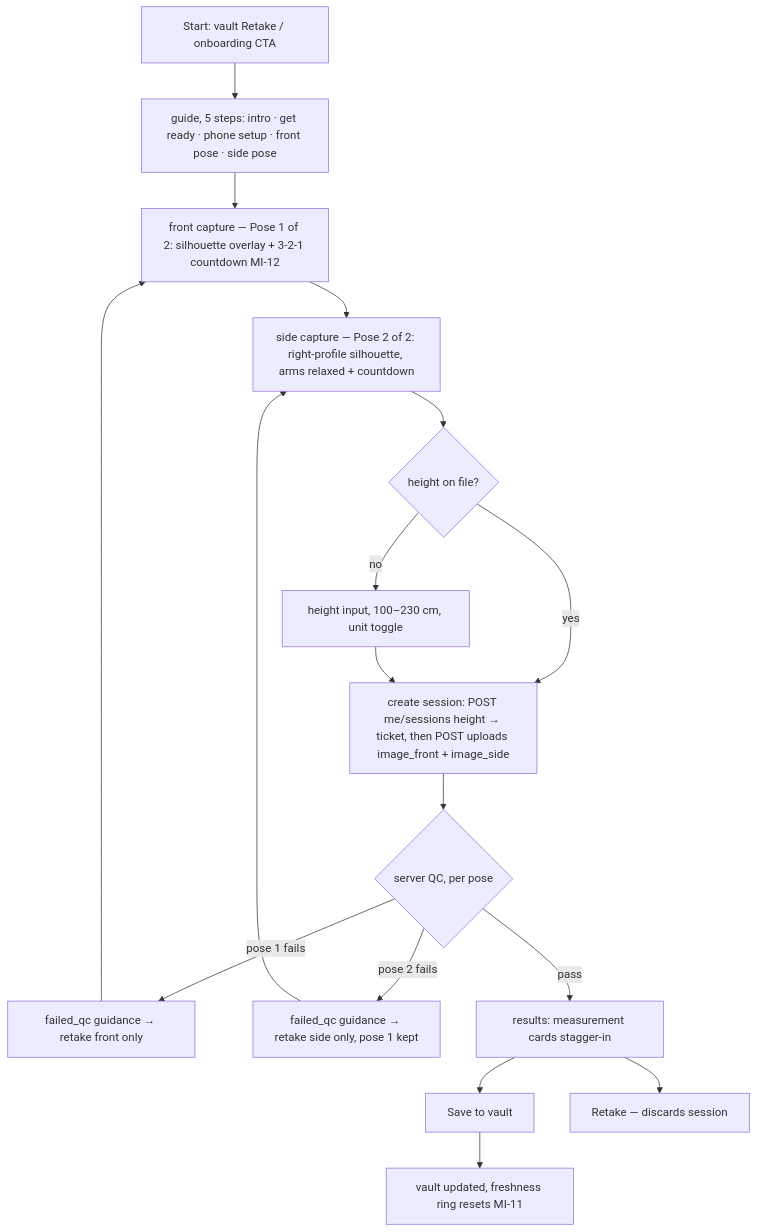
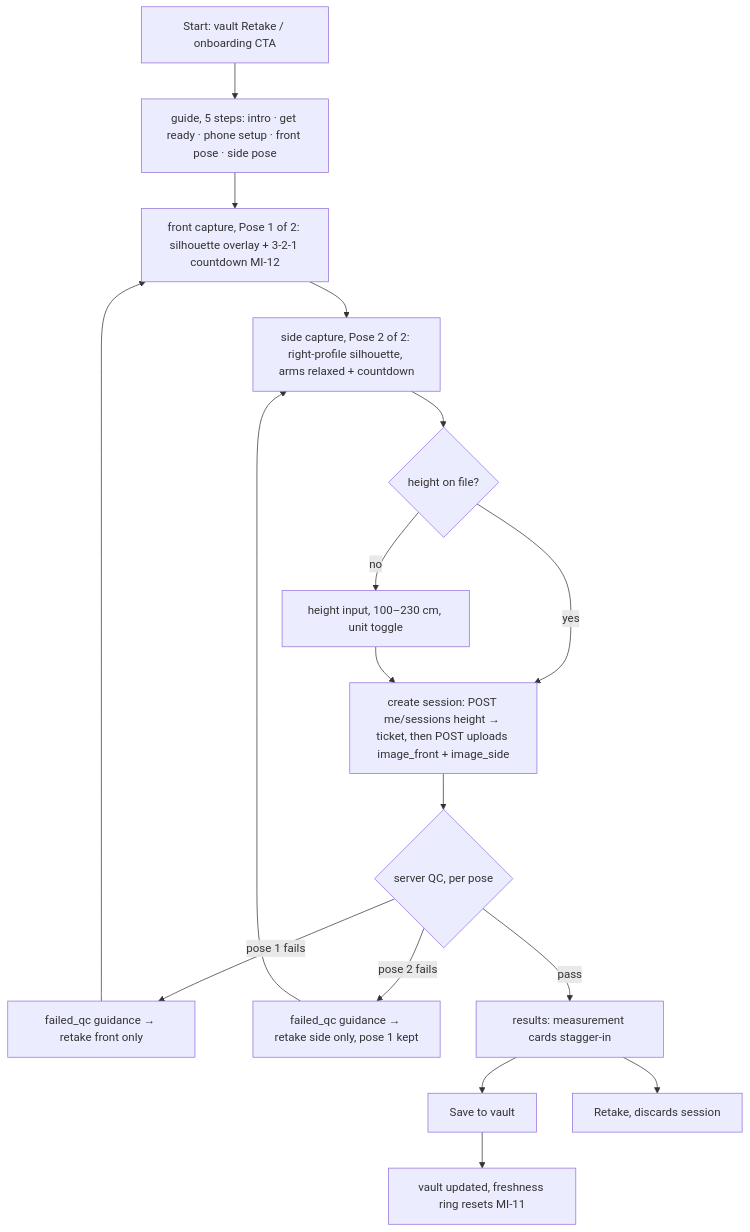
Before and after one commit to cuesoftinc/apparule: the diagram in docs/flows/vault.md, drawn with Mermaid. The commit also changed other lines of this file and 28 other files, not shown here.

````diff
--- a/docs/flows/vault.md
+++ b/docs/flows/vault.md
@@ -22,19 +22,19 @@
 ```mermaid
 flowchart TD
     S[Start: vault Retake / onboarding CTA] --> GUIDE[guide, 5 steps: intro · get ready · phone setup · front pose · side pose]
-    GUIDE --> CAM1[front capture — Pose 1 of 2: silhouette overlay + 3-2-1 countdown MI-12]
-    CAM1 --> CAM2[side capture — Pose 2 of 2: right-profile silhouette, arms relaxed + countdown]
+    GUIDE --> CAM1[front capture, Pose 1 of 2: silhouette overlay + 3-2-1 countdown MI-12]
+    CAM1 --> CAM2[side capture, Pose 2 of 2: right-profile silhouette, arms relaxed + countdown]
     CAM2 --> H{height on file?}
     H -->|no| HEIGHT[height input, 100–230 cm, unit toggle]
     H -->|yes| UP
     HEIGHT --> UP[create session: POST me/sessions height → ticket, then POST uploads image_front + image_side]
     UP --> QC{server QC, per pose}
     QC -->|pose 1 fails| R1[failed_qc guidance → retake front only]
     QC -->|pose 2 fails| R2[failed_qc guidance → retake side only, pose 1 kept]
     QC -->|pass| RESULTS[results: measurement cards stagger-in]
     R1 --> CAM1
     R2 --> CAM2
     RESULTS --> SAVE[Save to vault]
-    RESULTS --> RETAKE[Retake — discards session]
+    RESULTS --> RETAKE[Retake, discards session]
     SAVE --> DONE[vault updated, freshness ring resets MI-11]
 ```
````
